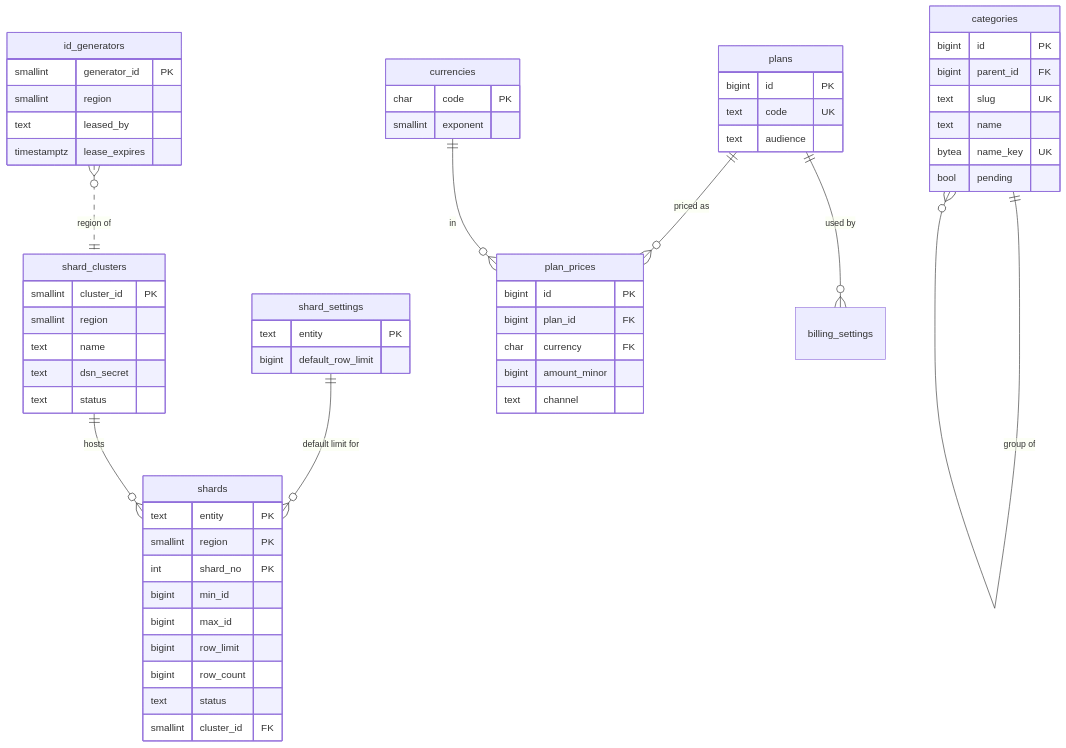
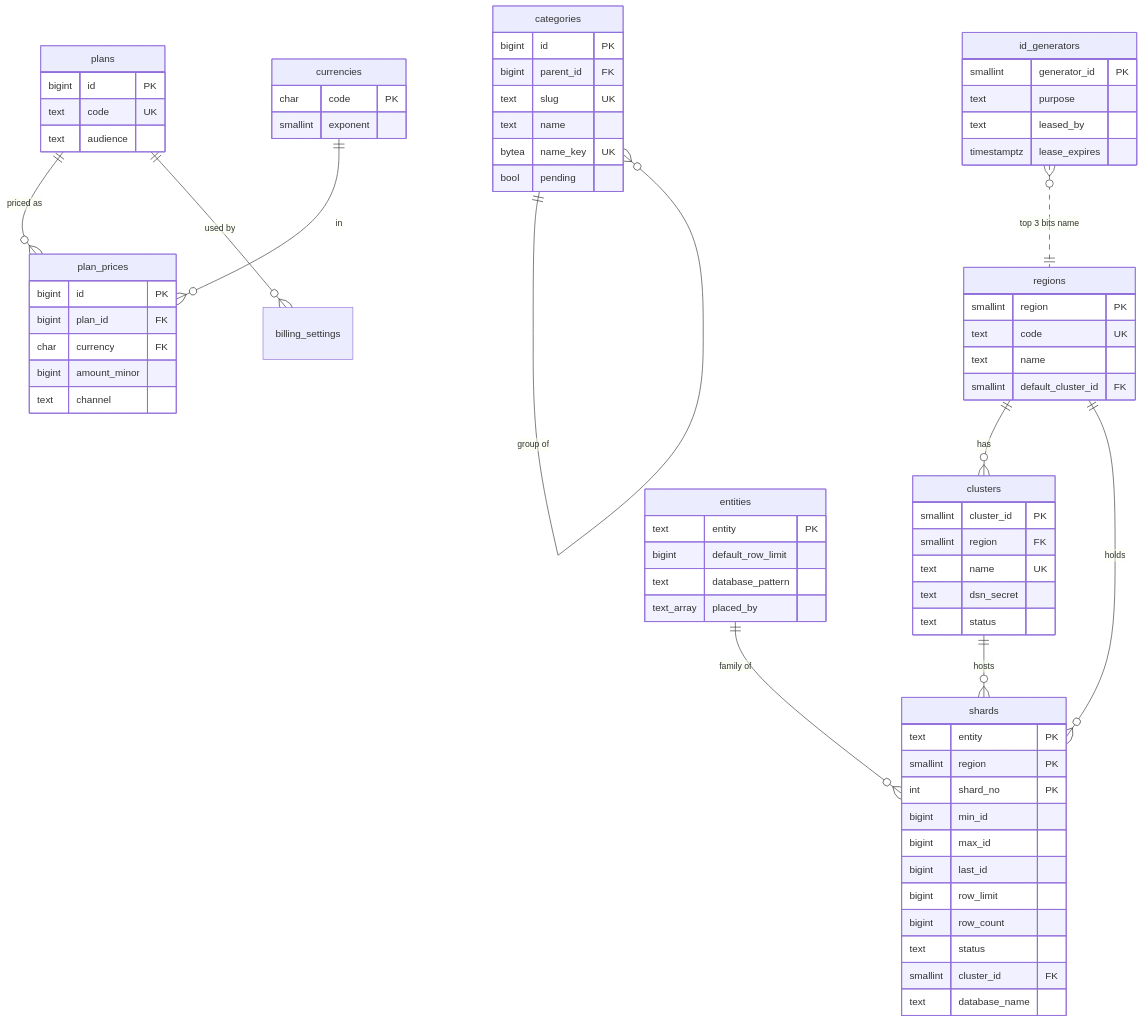
One commit to Hamza-khan10/BUKU changed the second of 5 diagrams in docs/DATABASE.md. Above: the diagram before and after it, drawn with Mermaid. The commit also changed other lines of this file and 27 other files, not shown here.

First line of the commit message:
feat(database): d1 foundation: the directory, 64-bit ids, leases and the shard router (D-106)

````diff
--- a/docs/DATABASE.md
+++ b/docs/DATABASE.md
@@ -355,63 +393,75 @@
 ```mermaid
 erDiagram
-  shard_settings ||--o{ shards : "default limit for"
-  shard_clusters ||--o{ shards : hosts
-  id_generators }o..|| shard_clusters : "region of"
+  regions ||--o{ clusters : "has"
+  regions ||--o{ shards : "holds"
+  entities ||--o{ shards : "family of"
+  clusters ||--o{ shards : hosts
+  id_generators }o..|| regions : "top 3 bits name"
   categories ||--o{ categories : "group of"
   plans ||--o{ plan_prices : "priced as"
   plans ||--o{ billing_settings : "used by"
   currencies ||--o{ plan_prices : "in"
 
+  regions {
+    smallint region PK
+    text code UK
+    text name
+    smallint default_cluster_id FK
+  }
+  entities {
+    text entity PK
+    bigint default_row_limit
+    text database_pattern
+    text_array placed_by
+  }
+  clusters {
+    smallint cluster_id PK
+    smallint region FK
+    text name UK
+    text dsn_secret
+    text status
+  }
   shards {
     text entity PK
     smallint region PK
     int shard_no PK
     bigint min_id
     bigint max_id
+    bigint last_id
     bigint row_limit
     bigint row_count
     text status
     smallint cluster_id FK
-  }
-  shard_settings {
-    text entity PK
-    bigint default_row_limit
-  }
-  shard_clusters {
-    smallint cluster_id PK
-    smallint region
-    text name
-    text dsn_secret
-    text status
+    text database_name
   }
   id_generators {
     smallint generator_id PK
-    smallint region
+    text purpose
     text leased_by
     timestamptz lease_expires
   }
   categories {
     bigint id PK
     bigint parent_id FK
     text slug UK
     text name
     bytea name_key UK
     bool pending
   }
   plans {
     bigint id PK
     text code UK
     text audience
   }
   plan_prices {
     bigint id PK
     bigint plan_id FK
     char currency FK
     bigint amount_minor
     text channel
   }
   currencies {
     char code PK
     smallint exponent
   }
 ```
````
